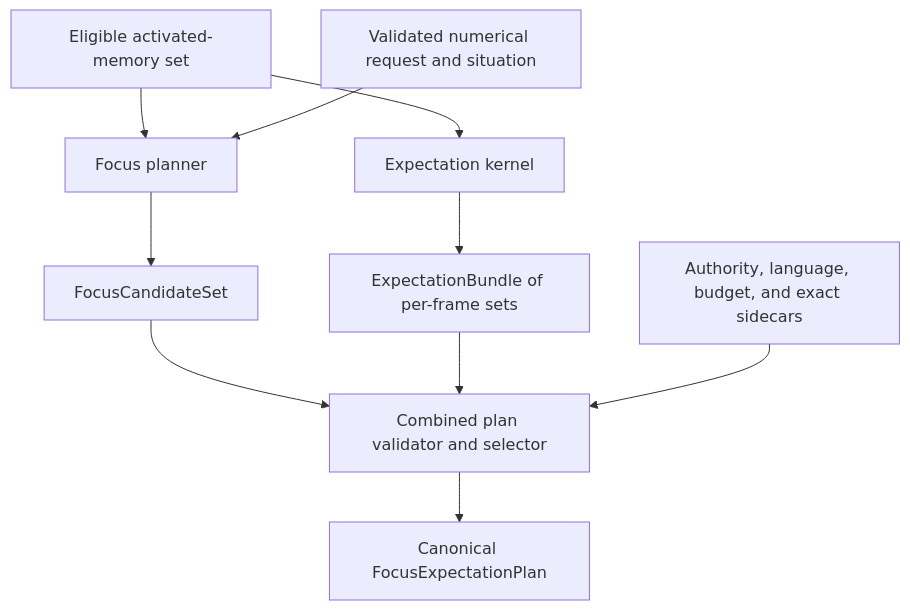
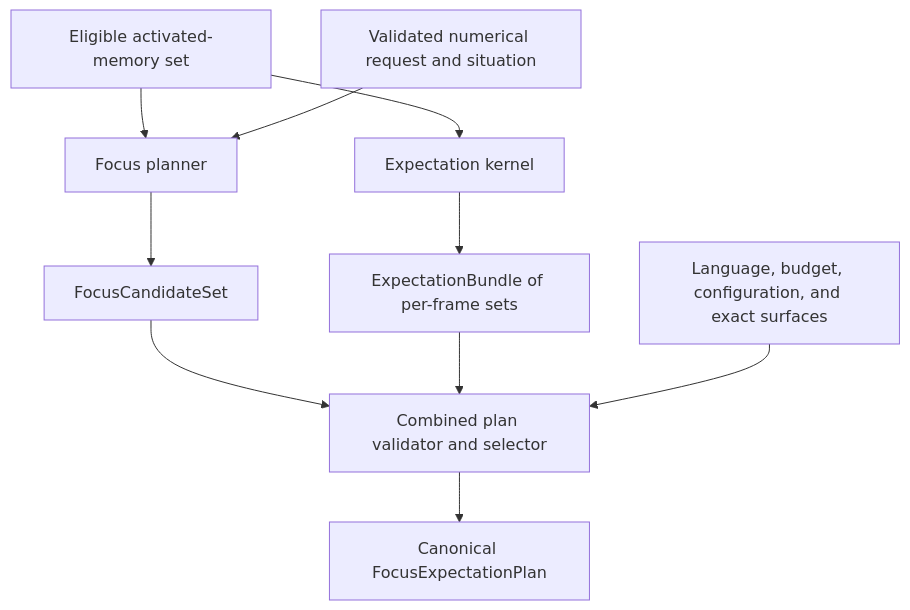
One commit to Lamentis-operating-systems/nemosyne changed the first of 2 diagrams in docs/specifications/focus-and-expectation-planning.md. Above: the diagram before and after it, drawn with Mermaid. The commit also changed other lines of this file and 5 other files, not shown here.

````diff
--- a/docs/specifications/focus-and-expectation-planning.md
+++ b/docs/specifications/focus-and-expectation-planning.md
@@ -66,12 +65,12 @@
 ```mermaid
 flowchart TD
     A["Eligible activated-memory set"] --> F["Focus planner"]
     Q["Validated numerical request and situation"] --> F
     A --> E["Expectation kernel"]
     F --> FC["FocusCandidateSet"]
     E --> ES["ExpectationBundle of per-frame sets"]
     FC --> J["Combined plan validator and selector"]
     ES --> J
-    C["Authority, language, budget, and exact sidecars"] --> J
+    C["Language, budget, configuration, and exact surfaces"] --> J
     J --> P["Canonical FocusExpectationPlan"]
 ```
````
